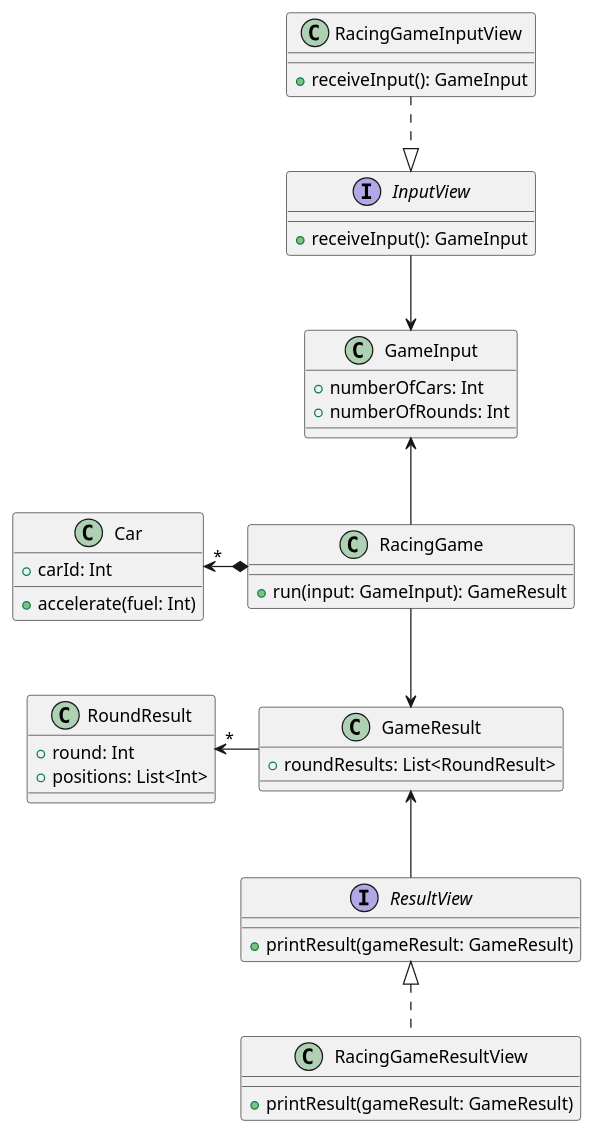
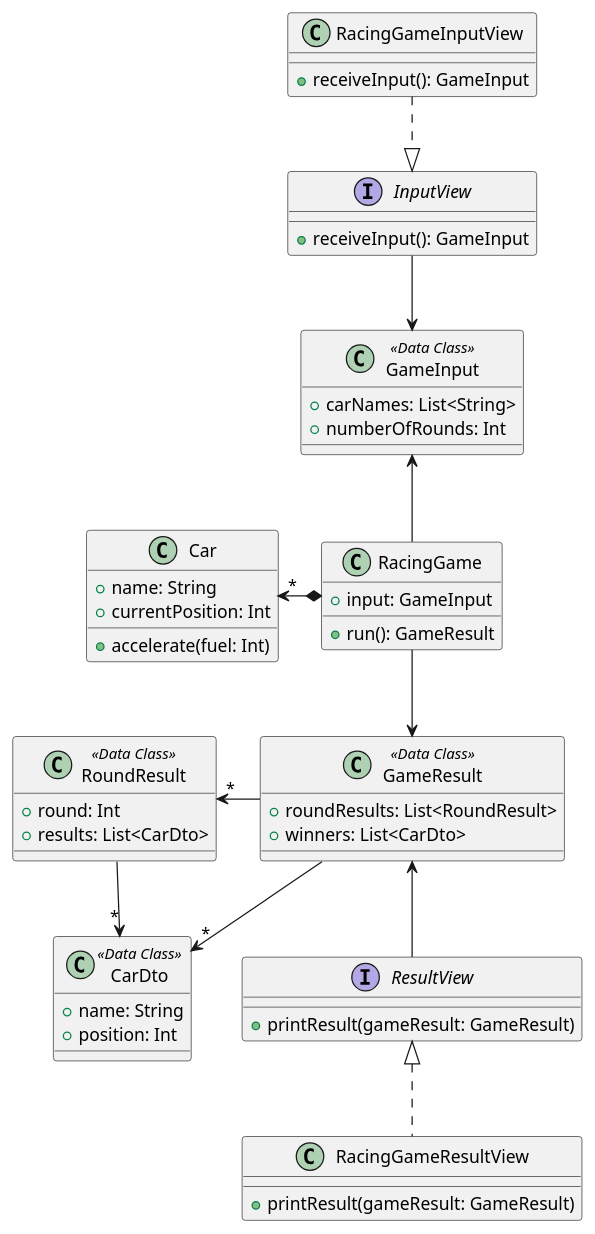
One commit to next-step/kotlin-racingcar changed the diagram in src/docs/racingcar/racingcar.puml. Above: the diagram before and after it, drawn with PlantUML.

Commit message:
doc: Update uml

```diff
--- a/src/docs/racingcar/racingcar.puml
+++ b/src/docs/racingcar/racingcar.puml
@@ -1,52 +1,62 @@
 @startuml
 
 interface InputView {
 + receiveInput(): GameInput
 }
 
 class RacingGameInputView {
 + receiveInput(): GameInput
 }
 
-class GameInput {
-+ numberOfCars: Int
+class GameInput <<Data Class>> {
++ carNames: List<String>
 + numberOfRounds: Int
 }
 
 interface ResultView {
 + printResult(gameResult: GameResult)
 }
 
-class GameResult {
+class GameResult <<Data Class>> {
 + roundResults: List<RoundResult>
++ winners: List<CarDto>
 }
 
-class RoundResult {
+class RoundResult <<Data Class>> {
 + round: Int
-+ positions: List<Int>
++ results: List<CarDto>
+}
+
+class CarDto <<Data Class>> {
++ name: String
++ position: Int
 }
 
 class RacingGameResultView implements ResultView {
 + printResult(gameResult: GameResult)
 }
 
 class Car {
-+ carId: Int
++ name: String
++ currentPosition: Int
 + accelerate(fuel: Int)
 }
 
 class RacingGame {
-+ run(input: GameInput): GameResult
++ input: GameInput
++ run(): GameResult
 }
 
 RacingGame *-left-> "*" Car
 
 RacingGame -up-> GameInput
 InputView -down-> GameInput
 RacingGameInputView ..|> InputView
 
 RacingGame -down-> GameResult
 GameResult -left-> "*" RoundResult
+RoundResult --> "*" CarDto
+GameResult --> "*" CarDto
 ResultView -up-> GameResult
 
 @enduml
```
